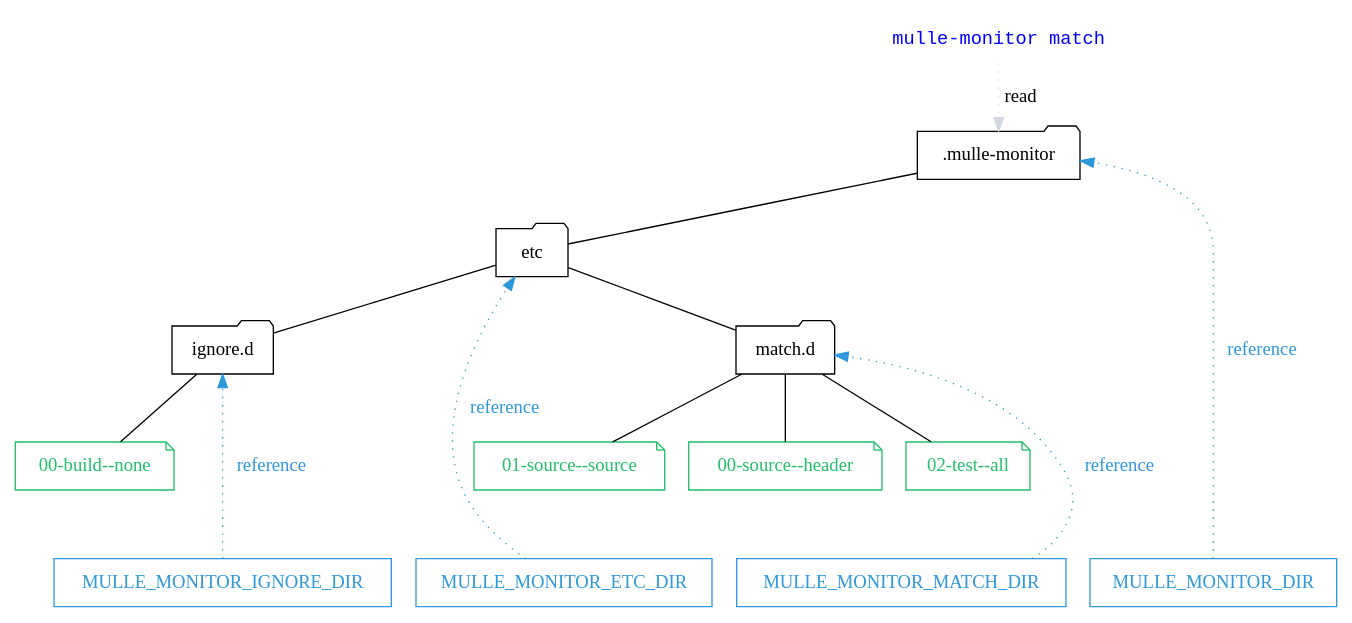
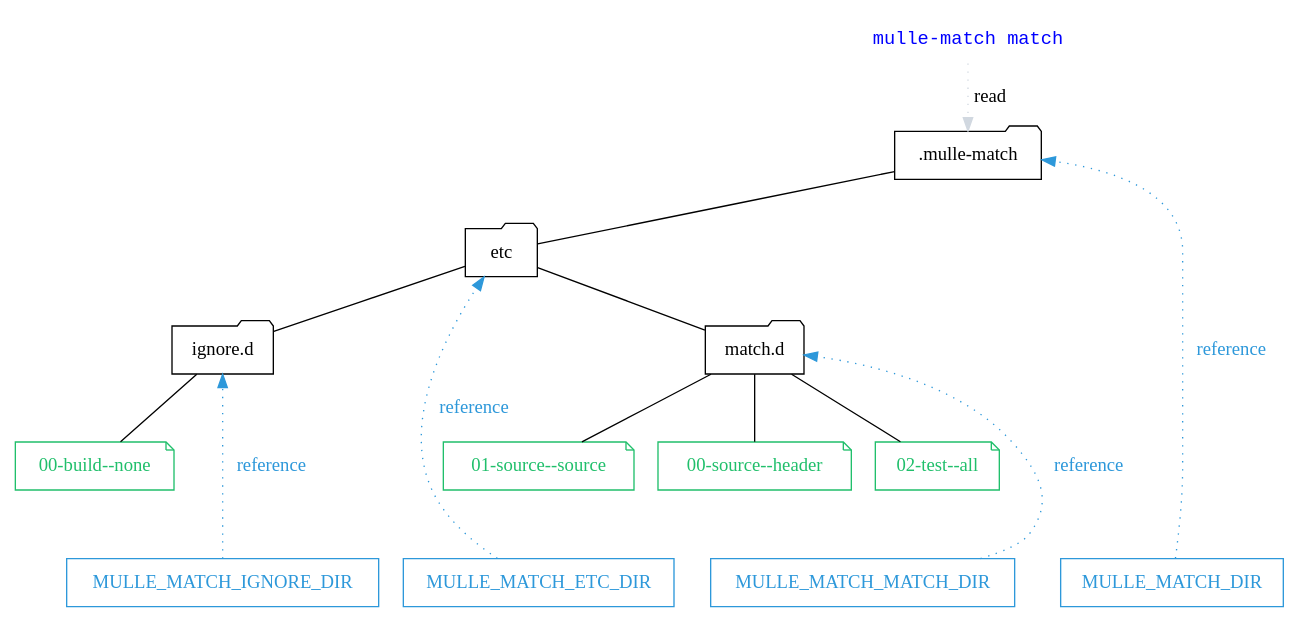
One commit to mulle-sde/mulle-match changed the diagram in dox/mulle-monitor-match-fs.dot. Above: the diagram before and after it, drawn with Graphviz. The commit also changed 51 other files, not shown here.

Commit message:
* split off from mulle-monitor

```diff
--- a/dox/mulle-monitor-match-fs.dot
+++ b/dox/mulle-monitor-match-fs.dot
@@ -1,68 +1,68 @@
 digraph G {
     graph [rankdir = TD];
 
-    "mulle-monitor match" [ shape="none", fontcolor="blue", fontname="monospace"]
+    "mulle-match match" [ shape="none", fontcolor="blue", fontname="monospace"]
 
     node[ shape=folder ];
 
-    { rank = "same"; "mulle-monitor match" };
-    { rank = "same"; ".mulle-monitor"  };
+    { rank = "same"; "mulle-match match" };
+    { rank = "same"; ".mulle-match"  };
 
 
     edge[ arrowhead="none" ];
 
     "match.d"         [ shape="folder", label="match.d" ]
 
     node[shape=note, color="#20bf6b", fontcolor="#20bf6b"];
 
     { rank = "same"; "match.d", "ignore2" };
 
     { rank = "same"; "s_source", "s_header", "s_test", "s_build"  };
 
     "s_header"        [ label="00-source--header"]
     "s_source"        [ label="01-source--source"]
     "s_test"          [ label="02-test--all"]
     "s_build"         [ label="00-build--none"]
 
     node[shape=folder, color="black", fontcolor="black"];
 
-    ".mulle-monitor"     -> "etc"
+    ".mulle-match"     -> "etc"
     "etc"                -> "match.d"
 
     "match.d"            -> "s_header"
     "match.d"            -> "s_source"
     "match.d"            -> "s_test"
 
     "etc"                -> "ignore2"
 
     node[ shape=note, color="#d1d8e0", fontcolor="#d1d8e0"];
     edge[ arrowhead="none", color="#d1d8e0" ];
     "ignore2"         [ shape="folder", label="ignore.d", color="black", fontcolor="black" ]
 
     "s_header"        [ label="00-source--header"]
     "s_source"        [ label="01-source--source"]
     "s_test"          [ label="02-test--all"]
 
     { rank = "same"; "s_source", "s_header", "s_test" };
 
     "ignore2"  -> "s_build" [ color="black" ]
 
     edge[ arrowhead="", style="dotted" ];
 
-    "mulle-monitor match" -> ".mulle-monitor"  [ label="read" ]
+    "mulle-match match" -> ".mulle-match"  [ label="read" ]
 
     node[ shape=record, color="#2d98da", fontcolor="#2d98da"];
     edge[ arrowhead="", color="#2d98da", fontcolor="#2d98da", style="dotted", label=" reference" ];
 
-    { rank = "same"; "MULLE_MONITOR_ETC_DIR", "MULLE_MONITOR_MATCH_DIR", "MULLE_MONITOR_DIR", "MULLE_MONITOR_IGNORE_DIR" };
+    { rank = "same"; "MULLE_MATCH_ETC_DIR", "MULLE_MATCH_MATCH_DIR", "MULLE_MATCH_DIR", "MULLE_MATCH_IGNORE_DIR" };
 
-    "s_source" -> "MULLE_MONITOR_DIR"        [ style="invis" ]
-    "s_source" -> "MULLE_MONITOR_ETC_DIR"    [ style="invis" ]
-    "s_source" -> "MULLE_MONITOR_MATCH_DIR"  [ style="invis" ]
+    "s_source" -> "MULLE_MATCH_DIR"        [ style="invis" ]
+    "s_source" -> "MULLE_MATCH_ETC_DIR"    [ style="invis" ]
+    "s_source" -> "MULLE_MATCH_MATCH_DIR"  [ style="invis" ]
 
 
-    "MULLE_MONITOR_MATCH_DIR"  -> "match.d"
-    "MULLE_MONITOR_DIR"        -> ".mulle-monitor"
-    "MULLE_MONITOR_ETC_DIR"    -> "etc"
-    "MULLE_MONITOR_IGNORE_DIR" -> "ignore2"
+    "MULLE_MATCH_MATCH_DIR"  -> "match.d"
+    "MULLE_MATCH_DIR"        -> ".mulle-match"
+    "MULLE_MATCH_ETC_DIR"    -> "etc"
+    "MULLE_MATCH_IGNORE_DIR" -> "ignore2"
 }
```
